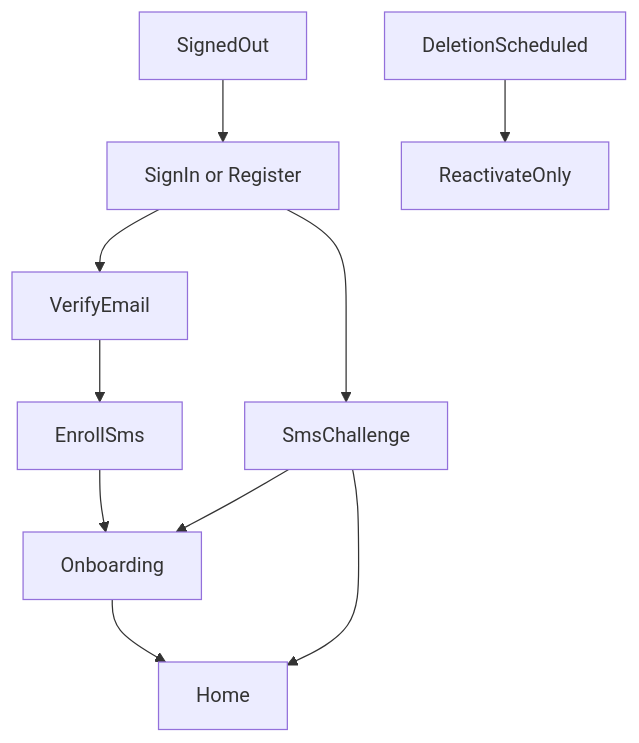
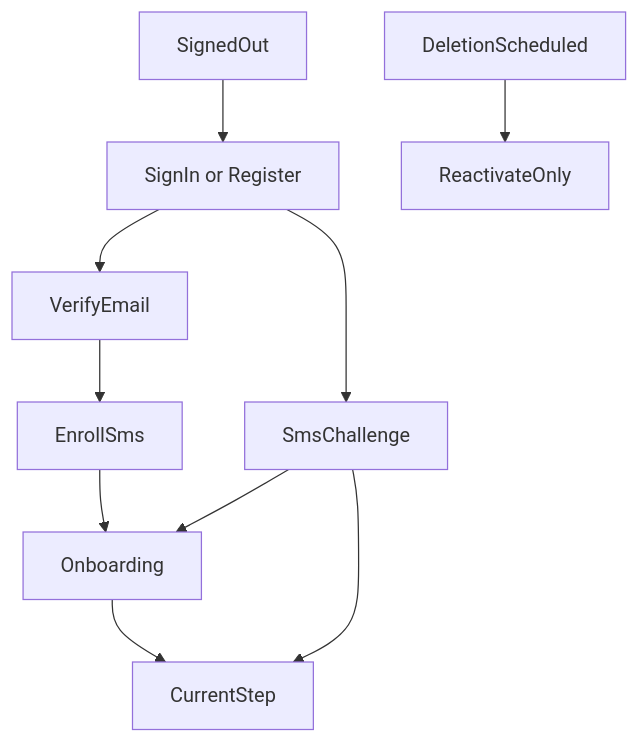
One commit to atnegrete/veteran-claims-buddy changed the diagram in docs/page-navigation.md. Above: the diagram before and after it, drawn with Mermaid. The commit also changed other lines of this file and 220 other files, not shown here.

````diff
--- a/docs/page-navigation.md
+++ b/docs/page-navigation.md
@@ -16,12 +16,12 @@
 ```mermaid
 flowchart TD
   signedOut[SignedOut] --> signIn[SignIn or Register]
   signIn --> verifyEmail[VerifyEmail]
   verifyEmail --> mfaEnroll[EnrollSms]
   mfaEnroll --> onboarding[Onboarding]
-  onboarding --> home[Home]
+  onboarding --> claim[CurrentStep]
   signIn --> mfaChallenge[SmsChallenge]
-  mfaChallenge --> home
+  mfaChallenge --> claim
   mfaChallenge --> onboarding
   deletionPending[DeletionScheduled] --> reactivate[ReactivateOnly]
 ```
````
